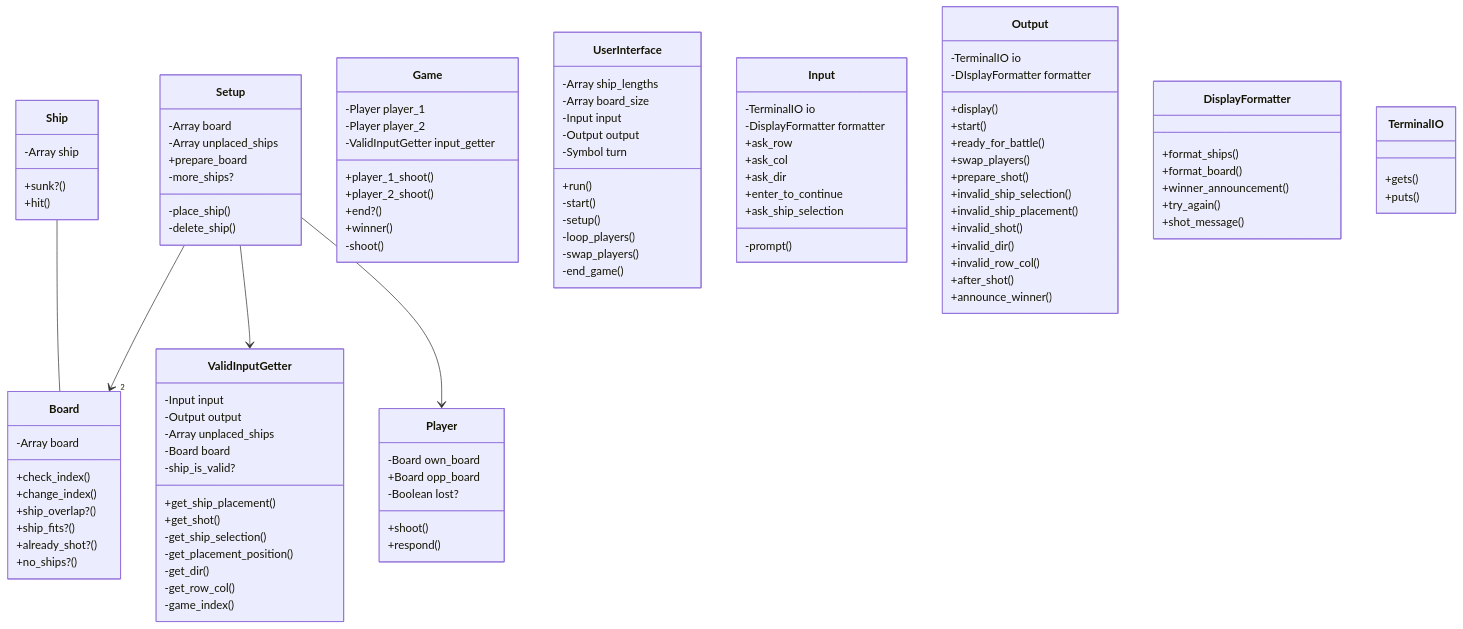
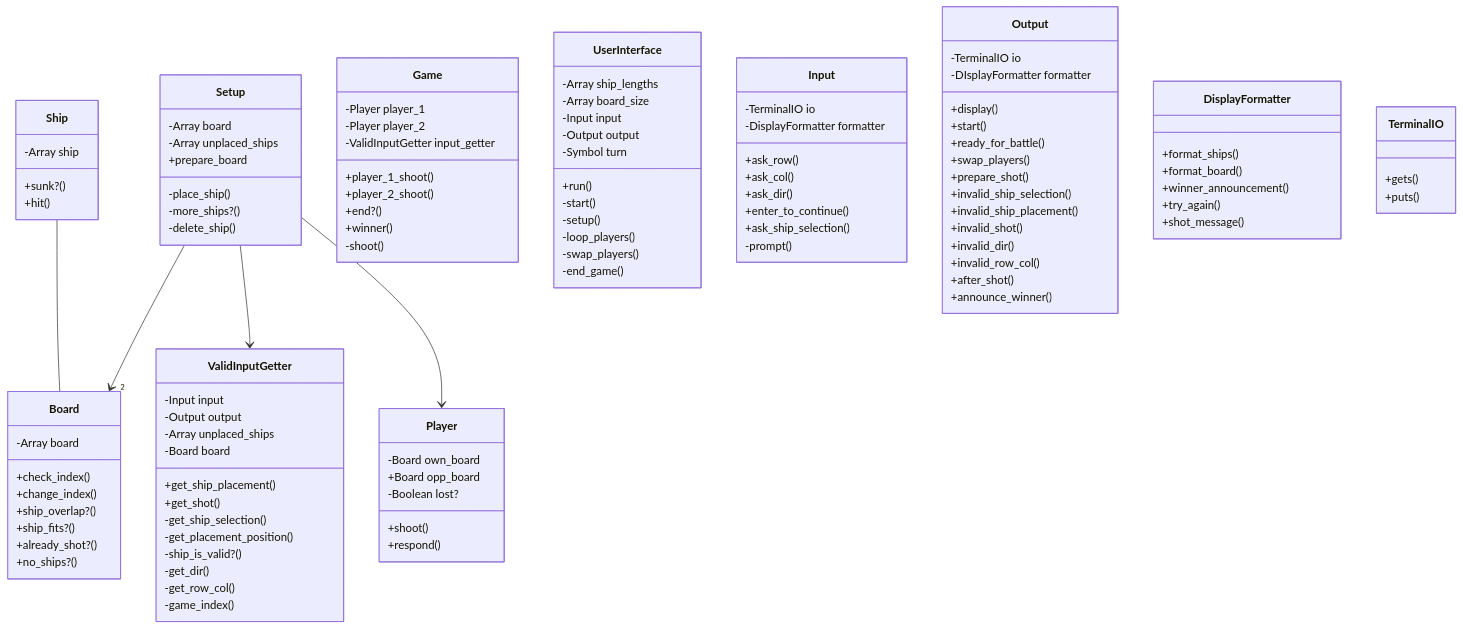
One commit to ritaaktay/battleships changed the diagram in README.md. Above: the diagram before and after it, drawn with Mermaid.

Commit message:
fixed syntax errors in class diagram

```diff
--- a/README.md
+++ b/README.md
@@ -35,7 +35,7 @@
       -Array unplaced_ships
       +prepare_board
       -place_ship()
-      -more_ships?
+      -more_ships?()
       -delete_ship()
    }
 
@@ -59,7 +59,7 @@
       +get_shot()
       -get_ship_selection()
       -get_placement_position()
-      -ship_is_valid?
+      -ship_is_valid?()
       -get_dir()
       -get_row_col()
       -game_index()
@@ -82,11 +82,11 @@
    class Input {
       -TerminalIO io
       -DisplayFormatter formatter
-      +ask_row
-      +ask_col
-      +ask_dir
-      +enter_to_continue
-      +ask_ship_selection
+      +ask_row()
+      +ask_col()
+      +ask_dir()
+      +enter_to_continue()
+      +ask_ship_selection()
       -prompt()
    }
 
```
